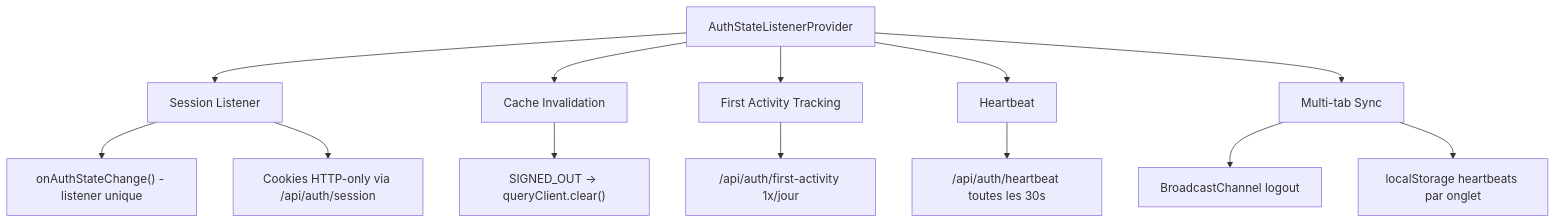
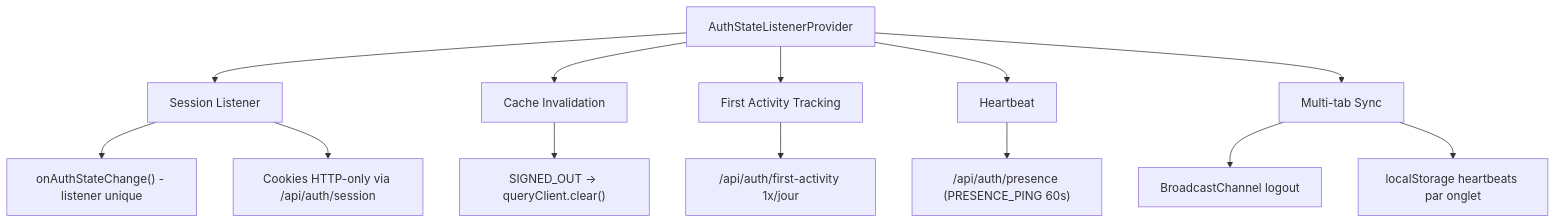
One commit to gmbsfactory/gmbs-crm changed the fourth of 4 diagrams in docs/architecture/state-management.md. Above: the diagram before and after it, drawn with Mermaid. The commit also changed other lines of this file and 44 other files, not shown here.

````diff
--- a/docs/architecture/state-management.md
+++ b/docs/architecture/state-management.md
@@ -359,20 +359,20 @@
 ```mermaid
 graph TD
     A[AuthStateListenerProvider] --> B[Session Listener]
     A --> C[Cache Invalidation]
     A --> D[First Activity Tracking]
     A --> E[Heartbeat]
     A --> F[Multi-tab Sync]
 
     B --> B1["onAuthStateChange() - listener unique"]
     B --> B2["Cookies HTTP-only via /api/auth/session"]
 
     C --> C1["SIGNED_OUT -> queryClient.clear()"]
 
     D --> D1["/api/auth/first-activity 1x/jour"]
 
-    E --> E1["/api/auth/heartbeat toutes les 30s"]
+    E --> E1["/api/auth/presence (PRESENCE_PING 60s)"]
 
     F --> F1["BroadcastChannel logout"]
     F --> F2["localStorage heartbeats par onglet"]
 ```
````
